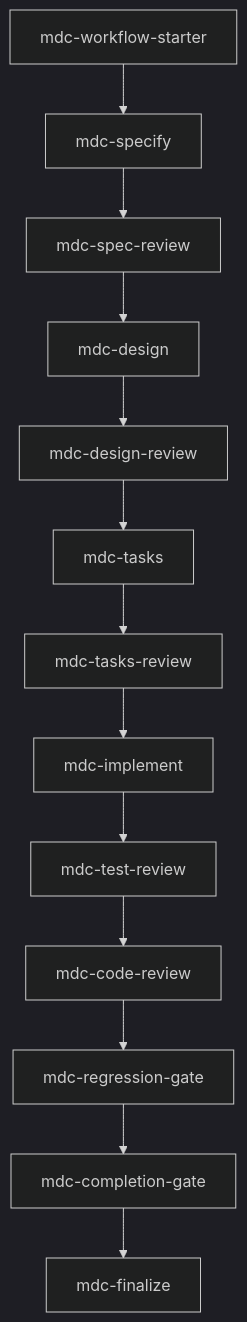
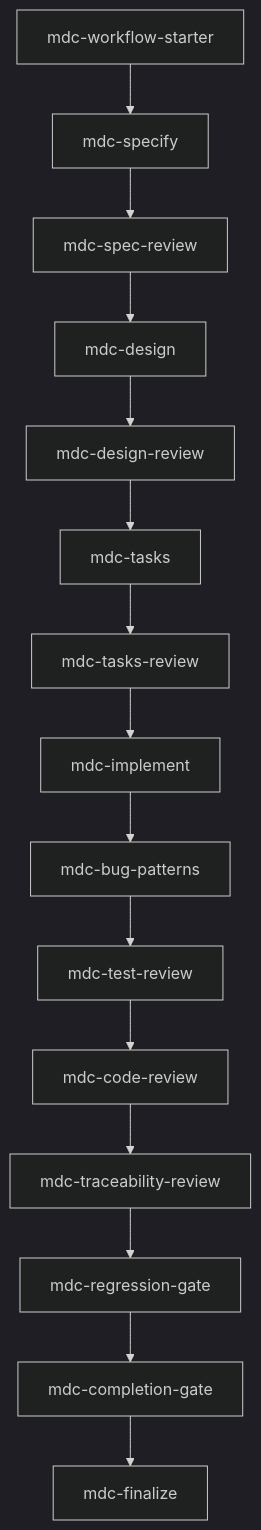
The second of 3 diagrams in workflow-skills/mdc-skills-design.md (hujianbest/garage-teams), drawn with Mermaid (dark theme) before and after one commit. The commit also changed other lines of this file and 14 other files, not shown here.

````diff
--- a/workflow-skills/mdc-skills-design.md
+++ b/workflow-skills/mdc-skills-design.md
@@ -508,29 +564,33 @@
 ```mermaid
 flowchart TD
     starter[mdc-workflow-starter]
     specify[mdc-specify]
     specReview[mdc-spec-review]
     design[mdc-design]
     designReview[mdc-design-review]
     tasks[mdc-tasks]
     tasksReview[mdc-tasks-review]
     implement[mdc-implement]
+    bugPatterns[mdc-bug-patterns]
     testReview[mdc-test-review]
     codeReview[mdc-code-review]
+    traceabilityReview[mdc-traceability-review]
     regressionGate[mdc-regression-gate]
     completionGate[mdc-completion-gate]
     finalize[mdc-finalize]
 
     starter --> specify
     specify --> specReview
     specReview --> design
     design --> designReview
     designReview --> tasks
     tasks --> tasksReview
     tasksReview --> implement
-    implement --> testReview
+    implement --> bugPatterns
+    bugPatterns --> testReview
     testReview --> codeReview
-    codeReview --> regressionGate
+    codeReview --> traceabilityReview
+    traceabilityReview --> regressionGate
     regressionGate --> completionGate
     completionGate --> finalize
 ```
````
